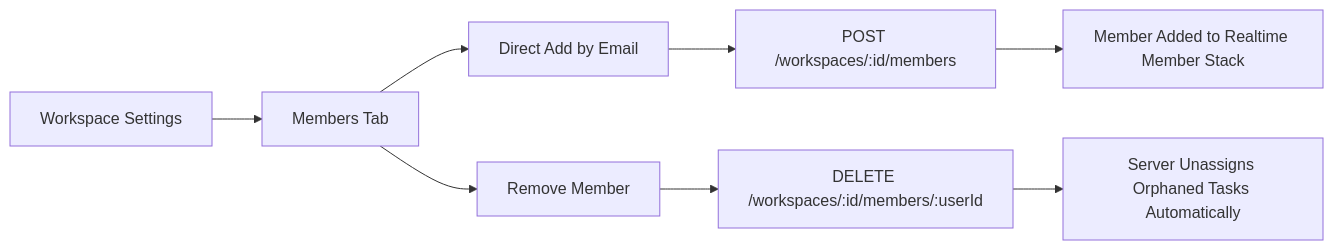
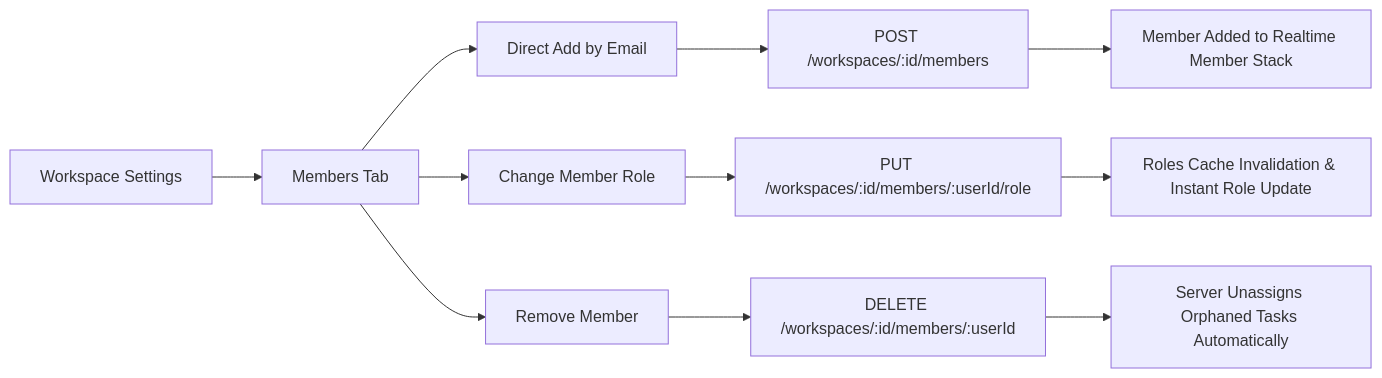
The fifth of 6 diagrams in docs/user-flow.md (Clark605/ProjectHub), drawn with Mermaid before and after one commit. The commit also changed other lines of this file and 8 other files, not shown here.

````diff
--- a/docs/user-flow.md
+++ b/docs/user-flow.md
@@ -153,11 +153,15 @@
 ```mermaid
 flowchart LR
     A[Workspace Settings] --> B[Members Tab]
     B --> C[Direct Add by Email]
     C --> D[POST /workspaces/:id/members]
     D --> E[Member Added to Realtime Member Stack]
     
-    B --> F[Remove Member]
-    F --> G[DELETE /workspaces/:id/members/:userId]
-    G --> H[Server Unassigns Orphaned Tasks Automatically]
+    B --> F[Change Member Role]
+    F --> G[PUT /workspaces/:id/members/:userId/role]
+    G --> H[Roles Cache Invalidation & Instant Role Update]
+
+    B --> I[Remove Member]
+    I --> J[DELETE /workspaces/:id/members/:userId]
+    J --> K[Server Unassigns Orphaned Tasks Automatically]
 ```
````
